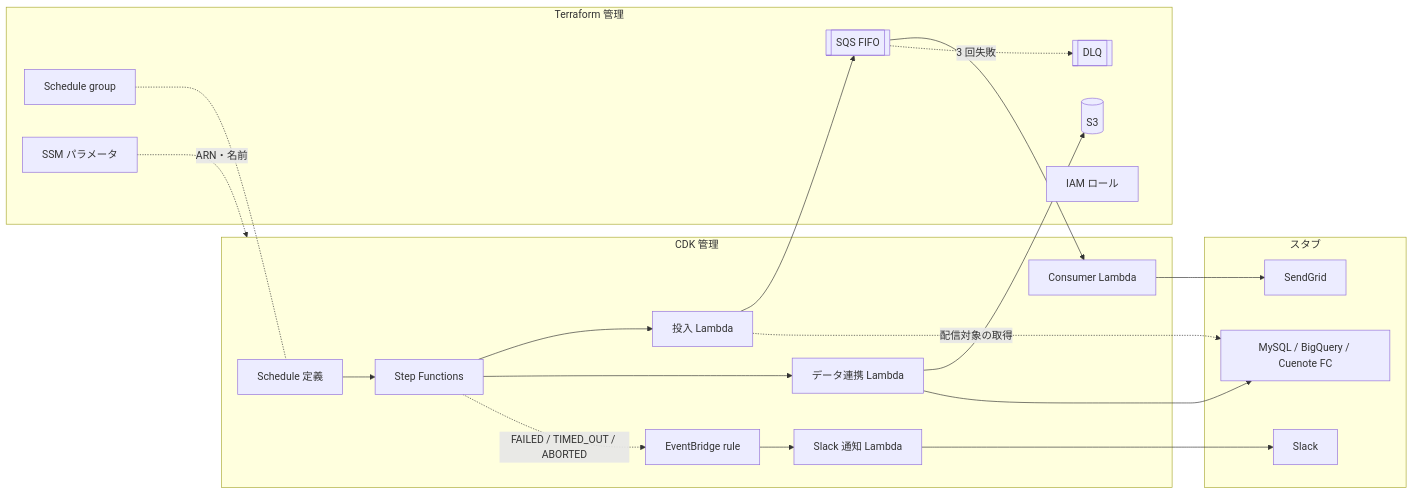
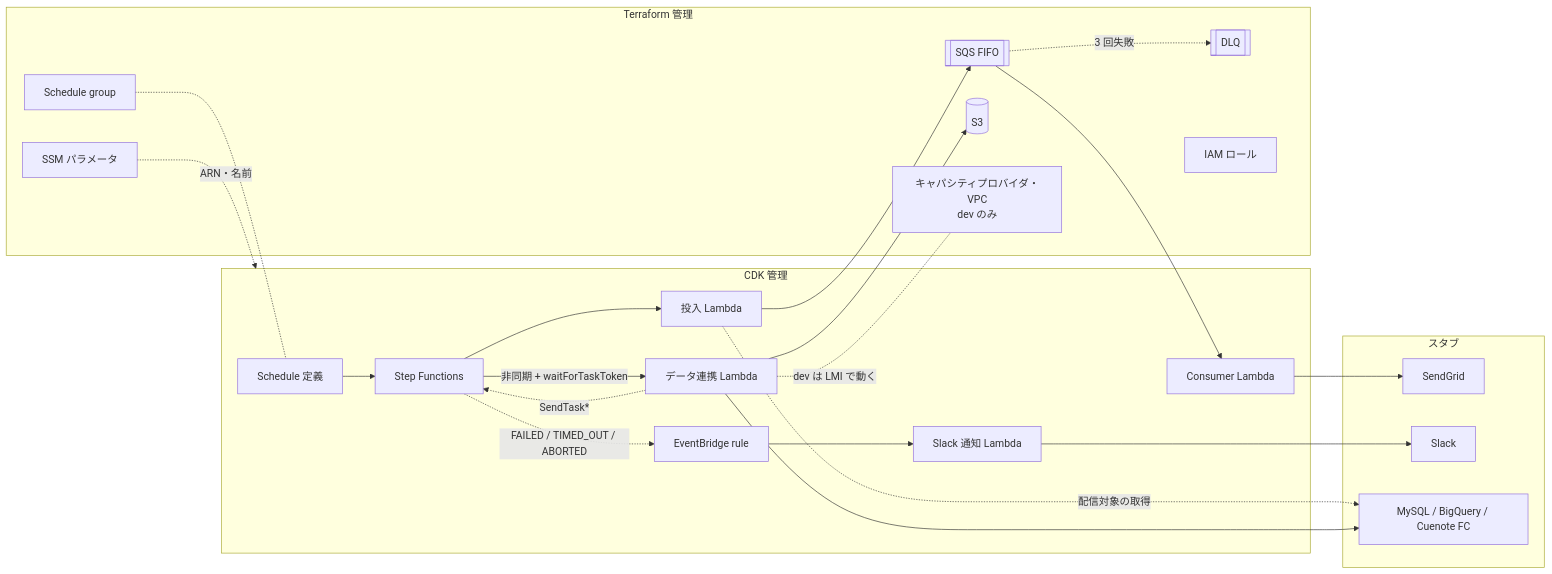
One commit to kojikawazu/serverless-practice-app changed the diagram in docs/09-architecture-specification.md. Above: the diagram before and after it, drawn with Mermaid. The commit also changed other lines of this file and 21 other files, not shown here.

````diff
--- a/docs/09-architecture-specification.md
+++ b/docs/09-architecture-specification.md
@@ -104,36 +105,39 @@
 ```mermaid
 flowchart LR
     subgraph CDK["CDK 管理"]
         SCH[Schedule 定義]
         SFN[Step Functions]
         ENQ[投入 Lambda]
         SYNC[データ連携 Lambda]
         CON[Consumer Lambda]
         RULE[EventBridge rule]
         NOTIFY[Slack 通知 Lambda]
     end
     subgraph TF["Terraform 管理"]
         GRP[Schedule group]
         Q[[SQS FIFO]]
         DLQ[[DLQ]]
         S3[(S3)]
         IAM[IAM ロール]
         SSM[SSM パラメータ]
+        CP[キャパシティプロバイダ・VPC<br/>dev のみ]
     end
     subgraph STUB["スタブ"]
         SG[SendGrid]
         SLACK[Slack]
         EXT[MySQL / BigQuery / Cuenote FC]
     end
 
     GRP -.- SCH
     SCH --> SFN
     SFN --> ENQ --> Q --> CON --> SG
     ENQ -. 配信対象の取得 .-> EXT
     Q -. 3 回失敗 .-> DLQ
-    SFN --> SYNC
+    SFN -- 非同期 + waitForTaskToken --> SYNC
+    SYNC -. SendTask* .-> SFN
+    SYNC -. dev は LMI で動く .- CP
     SYNC --> S3
     SYNC --> EXT
     SFN -. FAILED / TIMED_OUT / ABORTED .-> RULE --> NOTIFY --> SLACK
     SSM -. ARN・名前 .-> CDK
 ```
````
